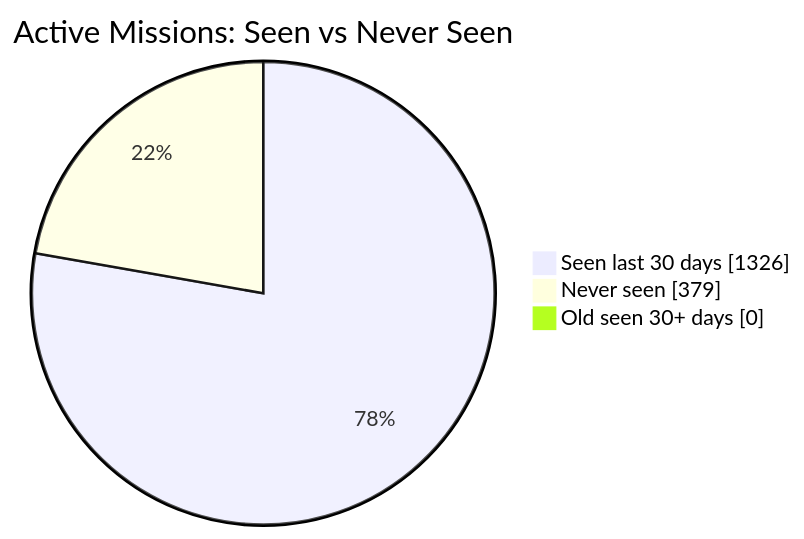
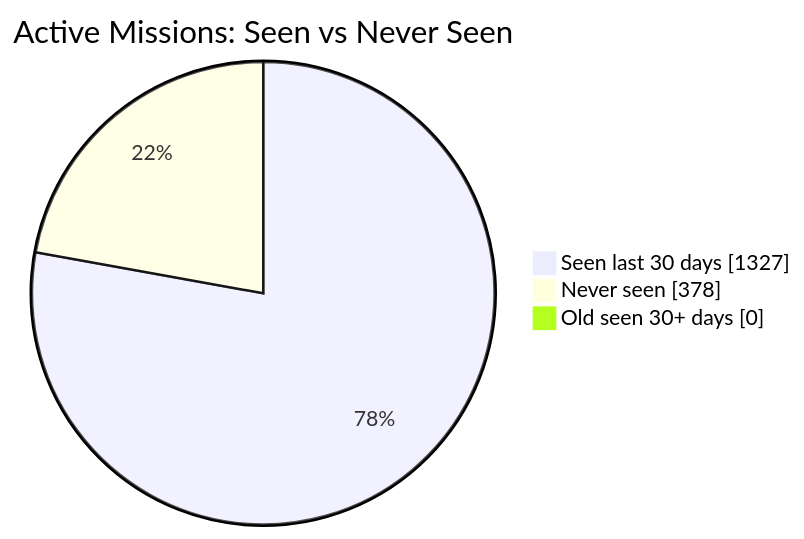
Before and after one commit to MeldkamerspelGameTeam/active-missions: the first of 2 diagrams in README.md, drawn with Mermaid. The commit also changed other lines of this file and 2 other files, not shown here.

````diff
--- a/README.md
+++ b/README.md
@@ -34,7 +34,7 @@
 ```mermaid
 pie showData
     title Active Missions: Seen vs Never Seen
-    "Seen last 30 days" : 1326
-    "Never seen" : 379
+    "Seen last 30 days" : 1327
+    "Never seen" : 378
     "Old seen 30+ days" : 0
 ```
````
